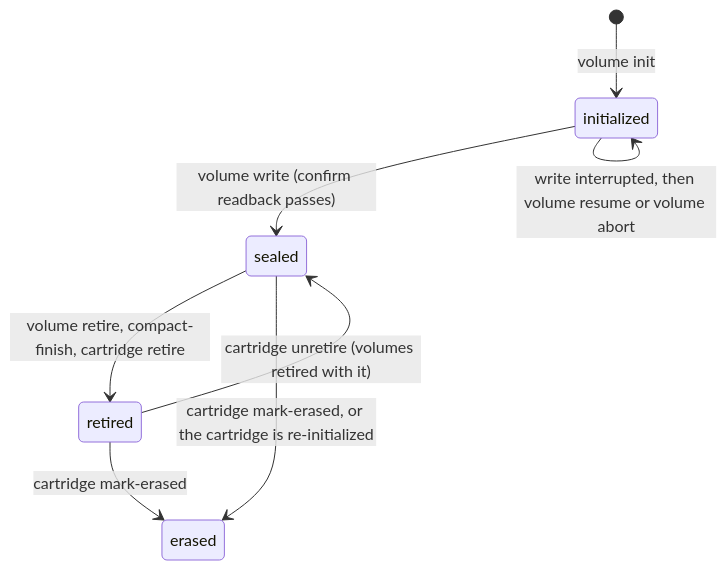
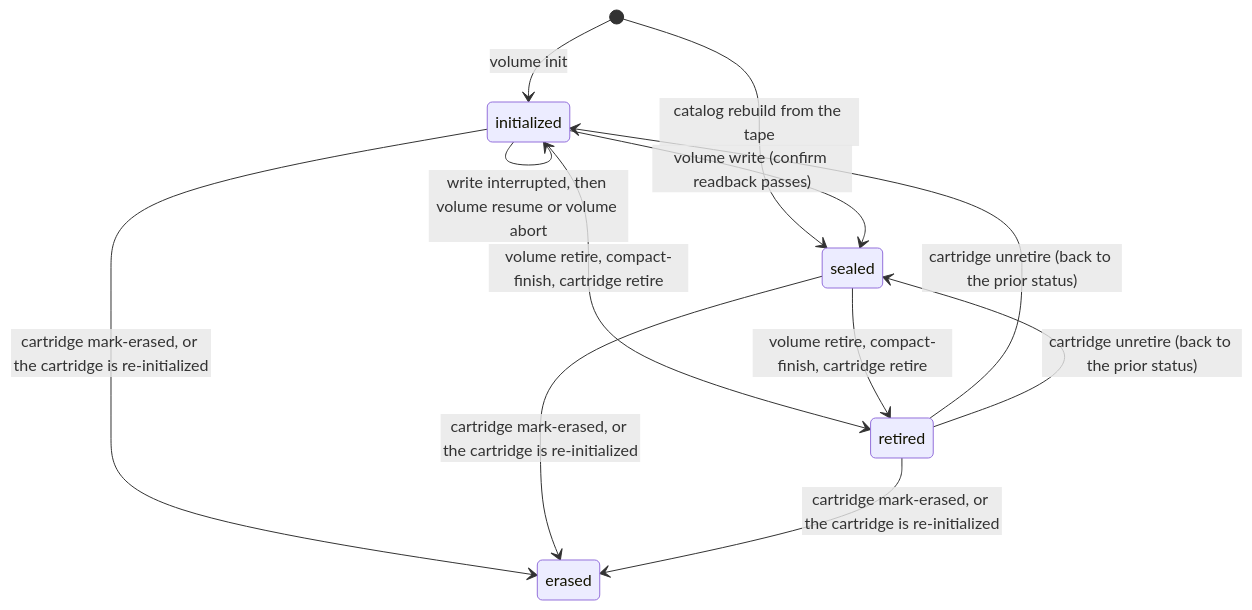
The third of 7 diagrams in docs/concepts.md (mikmorg/tapectl), drawn with Mermaid before and after one commit. The commit also changed other lines of this file and 13 other files, not shown here.

````diff
--- a/docs/concepts.md
+++ b/docs/concepts.md
@@ -545,10 +655,14 @@
 ```mermaid
 stateDiagram-v2
     [*] --> initialized : volume init
+    [*] --> sealed : catalog rebuild from the tape
     initialized --> sealed : volume write (confirm readback passes)
     initialized --> initialized : write interrupted, then volume resume or volume abort
+    initialized --> retired : volume retire, compact-finish, cartridge retire
     sealed --> retired : volume retire, compact-finish, cartridge retire
-    retired --> sealed : cartridge unretire (volumes retired with it)
+    retired --> initialized : cartridge unretire (back to the prior status)
+    retired --> sealed : cartridge unretire (back to the prior status)
+    initialized --> erased : cartridge mark-erased, or the cartridge is re-initialized
     sealed --> erased : cartridge mark-erased, or the cartridge is re-initialized
-    retired --> erased : cartridge mark-erased
+    retired --> erased : cartridge mark-erased, or the cartridge is re-initialized
 ```
````
